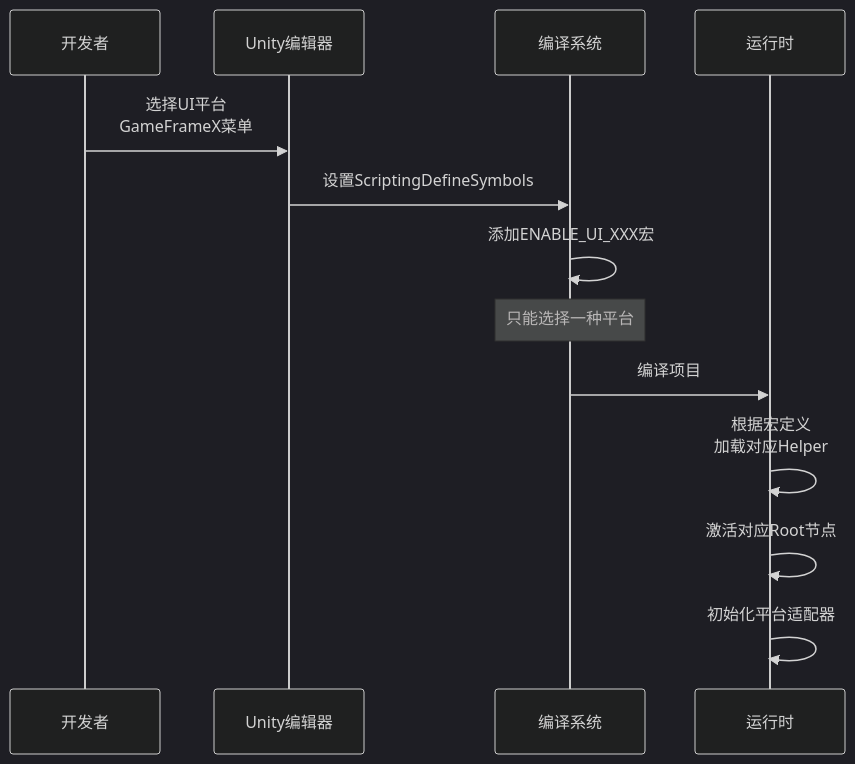
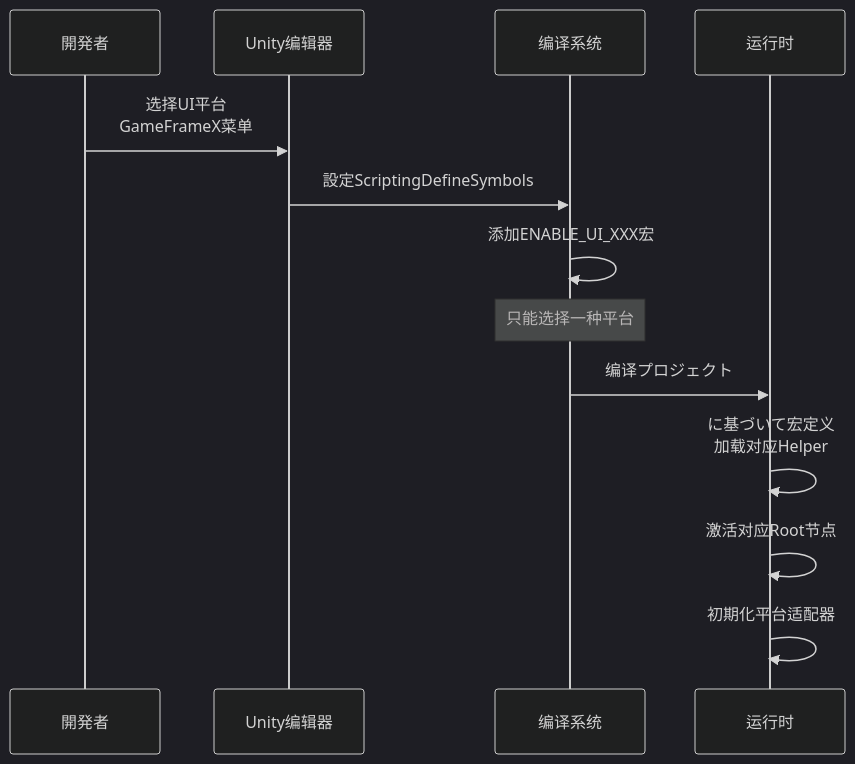
Before and after one commit to AlianBlank/GameFrameX.Docs: the second of 2 diagrams in docs/ja/client/unity/component/ui/16.platforms.md, drawn with Mermaid (dark theme). The commit also changed other lines of this file and 603 other files, not shown here.

````diff
--- a/docs/ja/client/unity/component/ui/16.platforms.md
+++ b/docs/ja/client/unity/component/ui/16.platforms.md
@@ -260,16 +260,16 @@
 ```mermaid
 sequenceDiagram
-    participant Dev as 开发者
+    participant Dev as 開発者
     participant Editor as Unity编辑器
     participant Build as 编译系统
     participant Runtime as 运行时
 
     Dev->>Editor: 选择UI平台<br>GameFrameX菜单
-    Editor->>Build: 设置ScriptingDefineSymbols
+    Editor->>Build: 設定ScriptingDefineSymbols
     Build->>Build: 添加ENABLE_UI_XXX宏
     Note over Build: 只能选择一种平台
-    Build->>Runtime: 编译项目
-    Runtime->>Runtime: 根据宏定义<br>加载对应Helper
+    Build->>Runtime: 编译プロジェクト
+    Runtime->>Runtime: に基づいて宏定义<br>加载对应Helper
     Runtime->>Runtime: 激活对应Root节点
-    Runtime->>Runtime: 初始化平台适配器
+    Runtime->>Runtime: 初期化平台适配器
 ```
````
